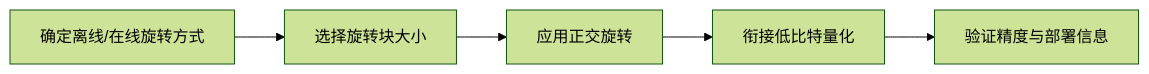
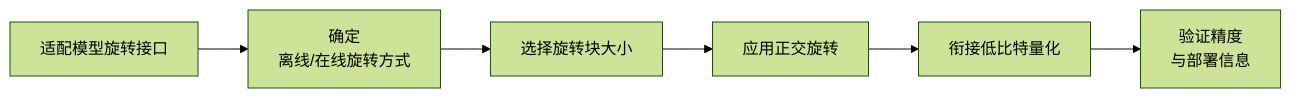
One commit to mindstudio-docs/master changed the diagram in msmodelslim/docs/zh/knowledge_base/quantization_algorithms/quarot/usage_quarot.md. Above: the diagram before and after it, drawn with Mermaid (forest theme). The commit also changed other lines of this file and 235 other files, not shown here.

````diff
--- a/msmodelslim/docs/zh/knowledge_base/quantization_algorithms/quarot/usage_quarot.md
+++ b/msmodelslim/docs/zh/knowledge_base/quantization_algorithms/quarot/usage_quarot.md
@@ -24,7 +28,8 @@
 ```mermaid
 flowchart LR
-    A[确定离线/在线旋转方式] --> B[选择旋转块大小]
-    B[选择旋转块大小] --> C[应用正交旋转]
-    C[应用正交旋转] --> D[衔接低比特量化]
-    D[衔接低比特量化] --> E[验证精度与部署信息]
+    A[适配模型旋转接口] --> B[确定<br/>离线/在线旋转方式]
+    B --> C[选择旋转块大小]
+    C --> D[应用正交旋转]
+    D --> E[衔接低比特量化]
+    E --> F[验证精度<br/>与部署信息]
 ```
````
